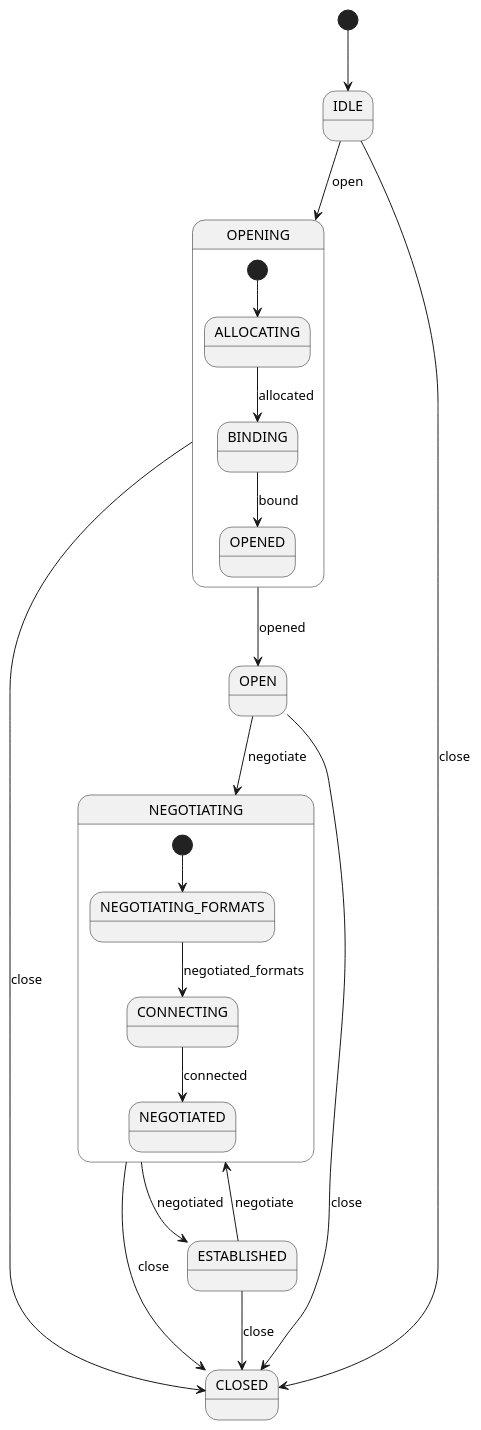
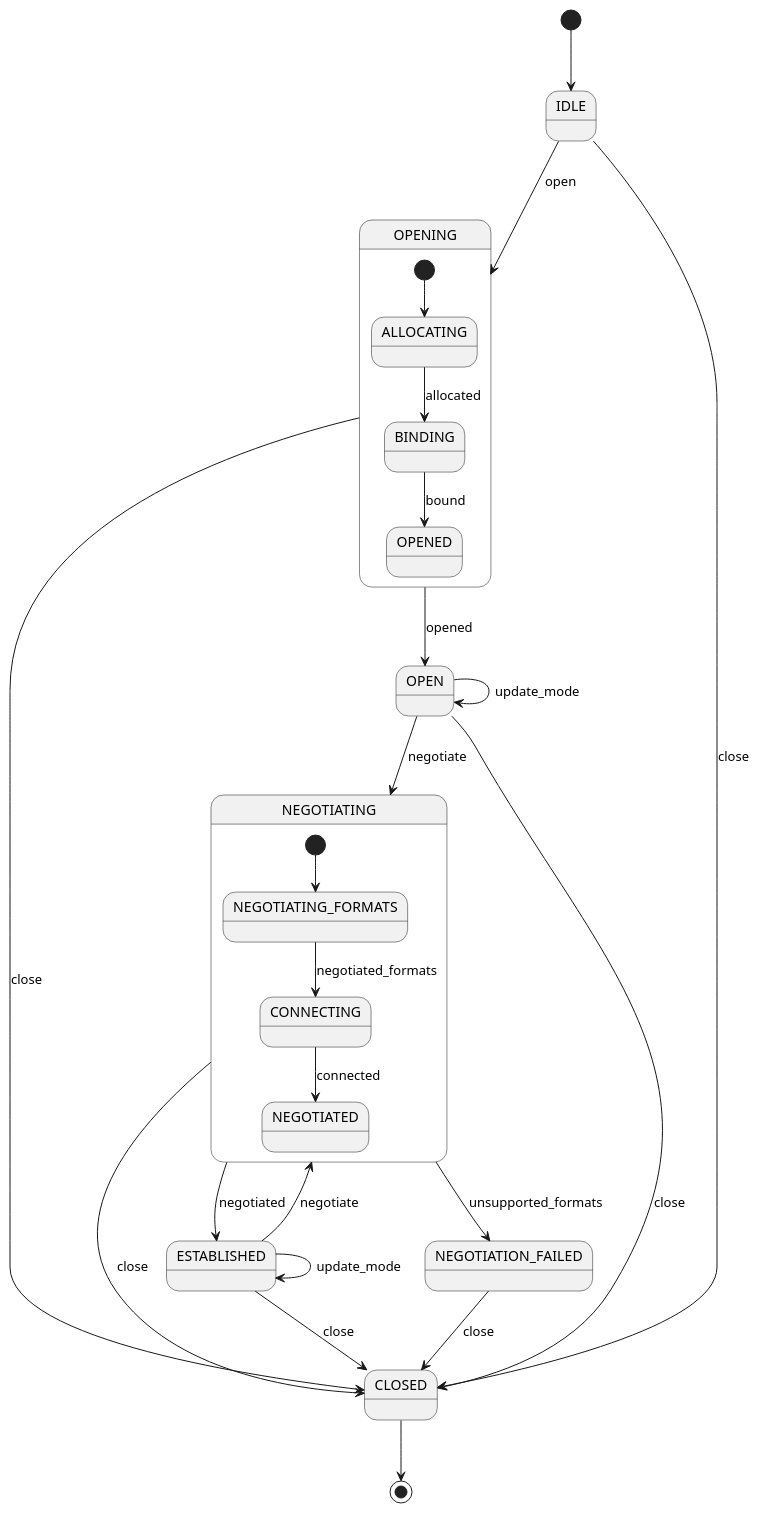
One commit to RestComm/media-core changed the diagram in architecture-diagrams/rtp/rtp-session-state.puml. Above: the diagram before and after it, drawn with PlantUML.

Commit message:
#445 Update state diagram for RTP Session FSM.

```diff
--- a/architecture-diagrams/rtp/rtp-session-state.puml
+++ b/architecture-diagrams/rtp/rtp-session-state.puml
@@ -1,25 +1,30 @@
 @startuml
 state OPENING {
 [*] --> ALLOCATING
 ALLOCATING --> BINDING : allocated
 BINDING --> OPENED : bound
 }
 
 state NEGOTIATING {
 [*] --> NEGOTIATING_FORMATS
 NEGOTIATING_FORMATS --> CONNECTING : negotiated_formats
 CONNECTING --> NEGOTIATED : connected
 }
 
 [*] --> IDLE
 IDLE --> OPENING : open
 IDLE --> CLOSED : close
 OPENING --> OPEN : opened
 OPENING --> CLOSED : close
 OPEN --> NEGOTIATING : negotiate
+OPEN --> OPEN : update_mode
 OPEN --> CLOSED : close
 NEGOTIATING --> ESTABLISHED : negotiated
+NEGOTIATING --> NEGOTIATION_FAILED : unsupported_formats
 NEGOTIATING --> CLOSED : close
+NEGOTIATION_FAILED --> CLOSED : close
 ESTABLISHED --> NEGOTIATING : negotiate
+ESTABLISHED --> ESTABLISHED : update_mode
 ESTABLISHED --> CLOSED : close
+CLOSED --> [*]
 @enduml
```
